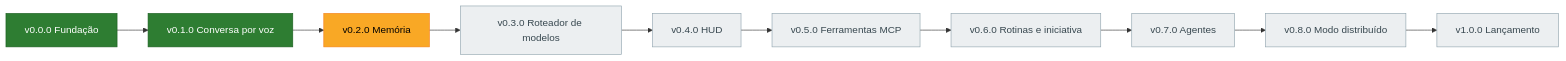
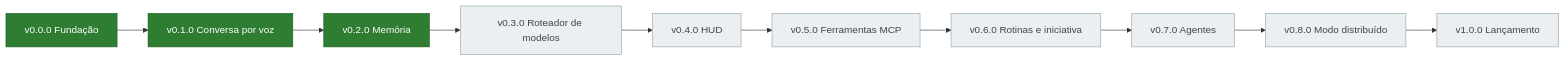
The second of 4 diagrams in docs/MAPA_MENTAL.md (Gabitoprof/Nora), drawn with Mermaid before and after one commit. The commit also changed other lines of this file and 4 other files, not shown here.

````diff
--- a/docs/MAPA_MENTAL.md
+++ b/docs/MAPA_MENTAL.md
@@ -98,16 +102,16 @@
 ```mermaid
 flowchart LR
   v00["v0.0.0 Fundação"]:::done --> v01["v0.1.0 Conversa por voz"]:::done
-  v01 --> v02["v0.2.0 Memória"]:::doing
+  v01 --> v02["v0.2.0 Memória"]:::done
   v02 --> v03["v0.3.0 Roteador de modelos"]:::pend
   v03 --> v04["v0.4.0 HUD"]:::pend
   v04 --> v05["v0.5.0 Ferramentas MCP"]:::pend
   v05 --> v06["v0.6.0 Rotinas e iniciativa"]:::pend
   v06 --> v07["v0.7.0 Agentes"]:::pend
   v07 --> v08["v0.8.0 Modo distribuído"]:::pend
   v08 --> v10["v1.0.0 Lançamento"]:::pend
 
   classDef done fill:#2e7d32,stroke:#1b5e20,color:#fff
   classDef doing fill:#f9a825,stroke:#f57f17,color:#000
   classDef pend fill:#eceff1,stroke:#90a4ae,color:#37474f
 ```
````
